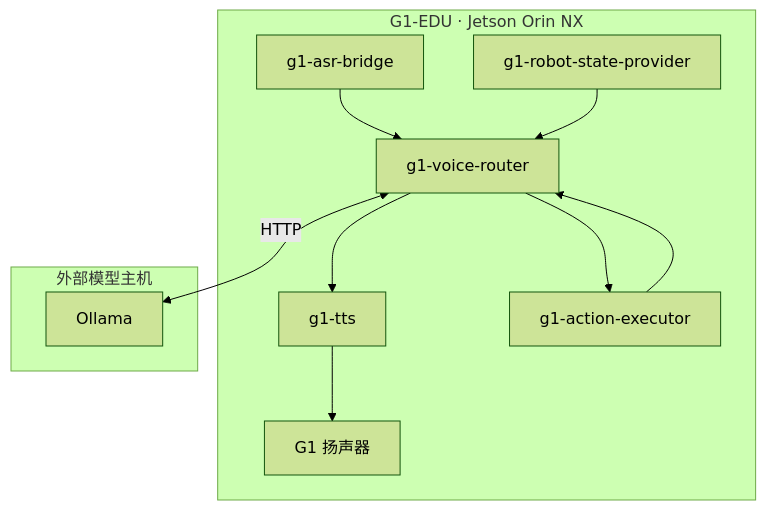
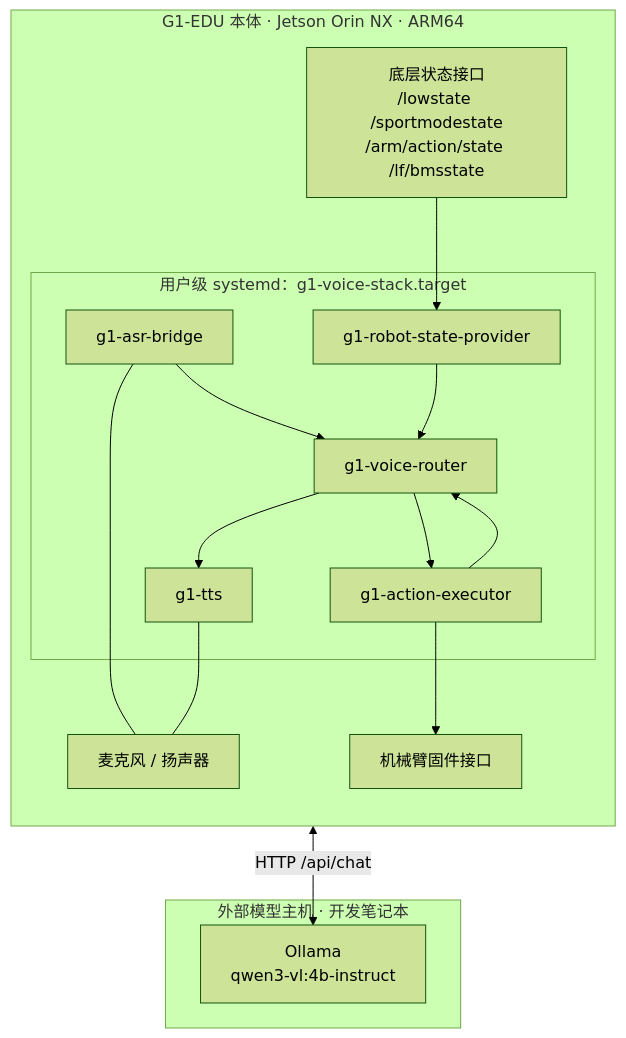
The fourth of 7 diagrams in releases/G1-EDU-Smart-Reception-V1.0/README.md (CJWDDHCSJ/g1_dev), drawn with Mermaid (forest theme) before and after one commit. The commit also changed other lines of this file and 51 other files, not shown here.

````diff
--- a/releases/G1-EDU-Smart-Reception-V1.0/README.md
+++ b/releases/G1-EDU-Smart-Reception-V1.0/README.md
@@ -186,15 +222,30 @@
 ```mermaid
 flowchart TB
-    subgraph G1[G1-EDU · Jetson Orin NX]
-        N1[g1-asr-bridge] --> N3[g1-voice-router]
-        N2[g1-robot-state-provider] --> N3
-        N3 --> N4[g1-tts]
-        N3 --> N5[g1-action-executor]
-        N5 --> N3
-        N4 --> SPK[G1 扬声器]
+    subgraph G1["G1-EDU 本体 · Jetson Orin NX · ARM64"]
+        direction TB
+        subgraph ROS["用户级 systemd：g1-voice-stack.target"]
+            N1[g1-asr-bridge]
+            N2[g1-robot-state-provider]
+            N3[g1-voice-router]
+            N4[g1-tts]
+            N5[g1-action-executor]
+        end
+        AUD[麦克风 / 扬声器]
+        LOW[底层状态接口<br/>/lowstate /sportmodestate<br/>/arm/action/state /lf/bmsstate]
+        N1 --- AUD
+        N4 --- AUD
+        LOW --> N2
+        N5 --> ARM[机械臂固件接口]
     end
-    subgraph EXT[外部模型主机]
-        OL[Ollama]
+
+    subgraph EXT["外部模型主机 · 开发笔记本"]
+        OL[Ollama<br/>qwen3-vl:4b-instruct]
     end
-    N3 <-->|HTTP| OL
+
+    N3 <-->|HTTP /api/chat| OL
+    N1 --> N3
+    N2 --> N3
+    N3 --> N4
+    N3 --> N5
+    N5 --> N3
 ```
````
